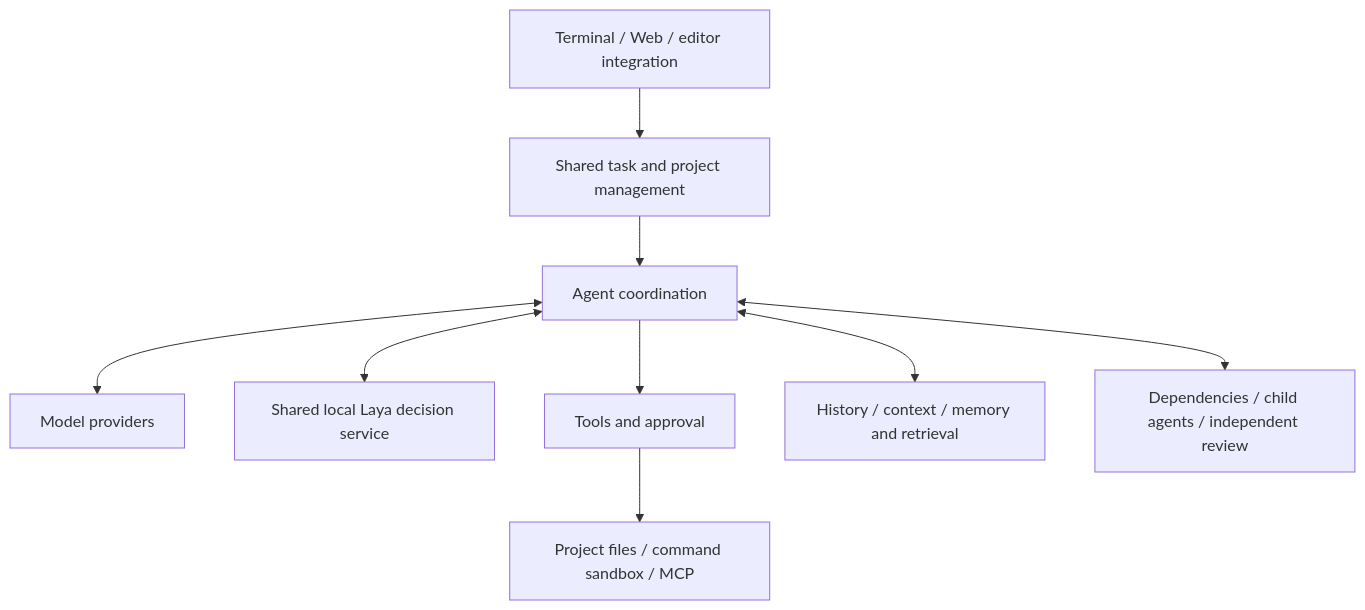
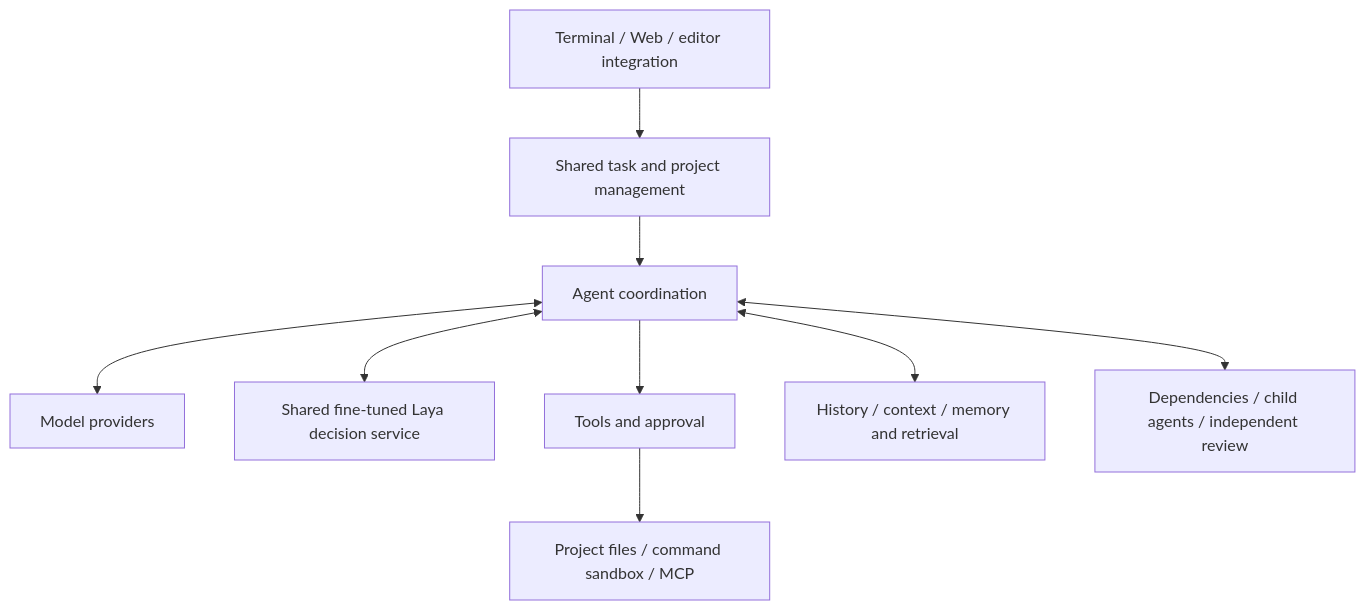
The diagram in docs/TECHNICAL_DESIGN.md (dd1000001000/EASY_CODE), drawn with Mermaid before and after one commit. The commit also changed other lines of this file and 12 other files, not shown here.

````diff
--- a/docs/TECHNICAL_DESIGN.md
+++ b/docs/TECHNICAL_DESIGN.md
@@ -11,11 +11,11 @@
 ```mermaid
 flowchart TD
     UI[Terminal / Web / editor integration] --> APP[Shared task and project management]
     APP --> AGENT[Agent coordination]
     AGENT <--> MODEL[Model providers]
-    AGENT <--> LOCAL[Shared local Laya decision service]
+    AGENT <--> LOCAL[Shared fine-tuned Laya decision service]
     AGENT --> TOOLS[Tools and approval]
     TOOLS --> ENV[Project files / command sandbox / MCP]
     AGENT <--> MEMORY[History / context / memory and retrieval]
     AGENT <--> TEAM[Dependencies / child agents / independent review]
 ```
````
